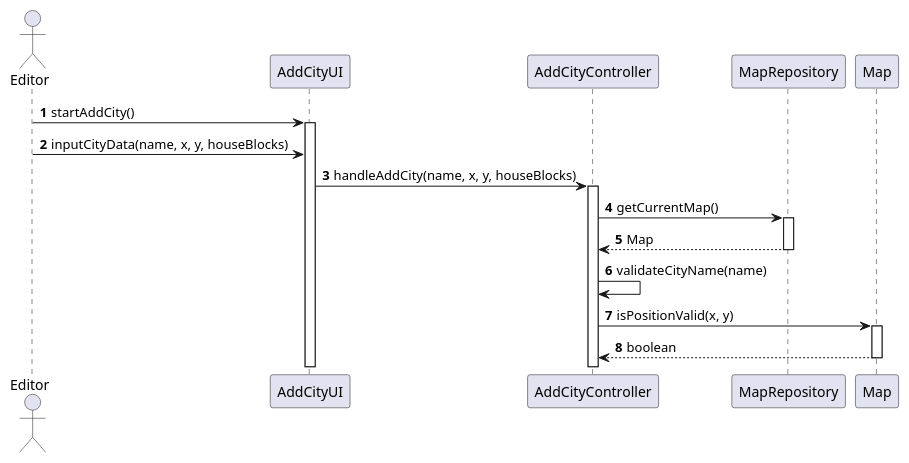
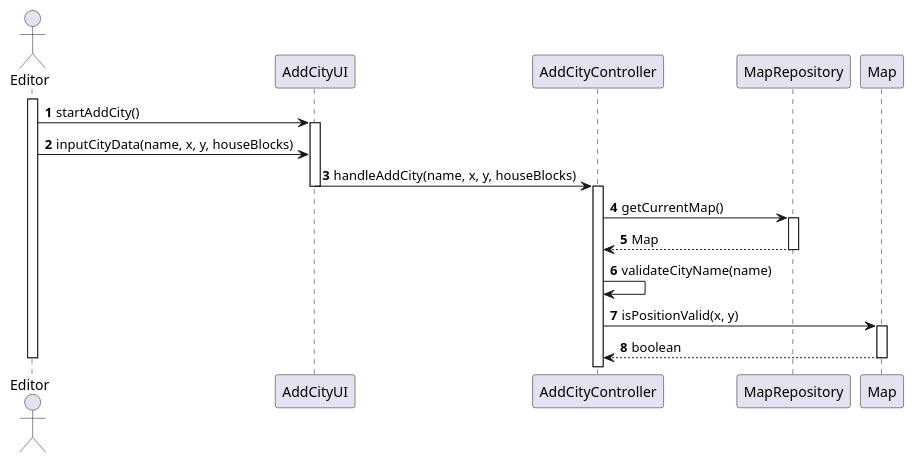
The diagram in Sprint2/US03/03.design.us03/puml/US03-SD-partial-input-validation-phase.puml (Andremonteiro1240850/railway_simulator), drawn with PlantUML before and after one commit. The commit also changed 6 other files, not shown here.

Commit message:
Diagrams Updated

```diff
--- a/Sprint2/US03/03.design.us03/puml/US03-SD-partial-input-validation-phase.puml
+++ b/Sprint2/US03/03.design.us03/puml/US03-SD-partial-input-validation-phase.puml
@@ -1,32 +1,35 @@
 @startuml
 'https://plantuml.com/sequence-diagram
 'skinparam monochrome true
 skinparam packageStyle rectangle
 skinparam shadowing false
 
 autonumber
 
 'hide footbox
 
 actor Editor
+activate Editor
 
 Editor -> AddCityUI : startAddCity()
 activate AddCityUI
 
 Editor -> AddCityUI : inputCityData(name, x, y, houseBlocks)
 
 AddCityUI -> AddCityController : handleAddCity(name, x, y, houseBlocks)
+deactivate AddCityUI
 activate AddCityController
 
 AddCityController -> MapRepository : getCurrentMap()
 activate MapRepository
 MapRepository --> AddCityController : Map
 deactivate MapRepository
 
 AddCityController -> AddCityController : validateCityName(name)
 
 AddCityController -> Map : isPositionValid(x, y)
 activate Map
 Map --> AddCityController : boolean
 deactivate Map
+deactivate Editor
 @enduml
```
